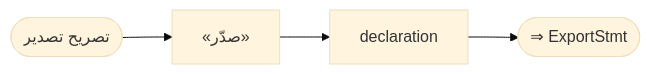
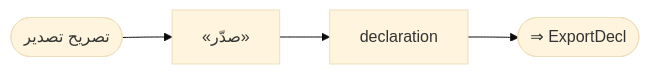
Diagram 13 of 19 in docs/parser_rule/_generated/20_declarations.md (sadlang/sadlang), drawn with Mermaid (base theme) before and after one commit. The commit also changed other lines of this file and 35 other files, not shown here.

````diff
--- a/docs/parser_rule/_generated/20_declarations.md
+++ b/docs/parser_rule/_generated/20_declarations.md
@@ -466,10 +472,10 @@
 ```mermaid
 flowchart LR
   n1(["تصريح تصدير"])
   n2["«صدّر»"]
   n3["declaration"]
   n2 --> n3
   n1 --> n2
-  n4(["⇒ ExportStmt"])
+  n4(["⇒ ExportDecl"])
   n3 --> n4
 ```
````
